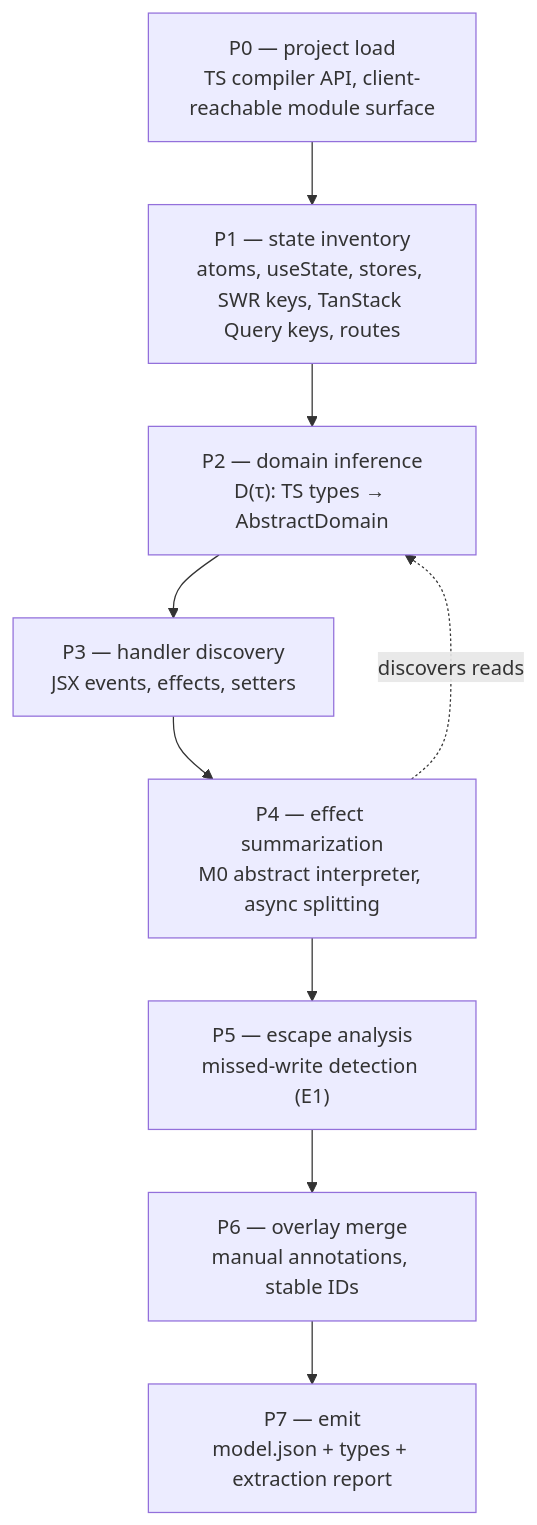
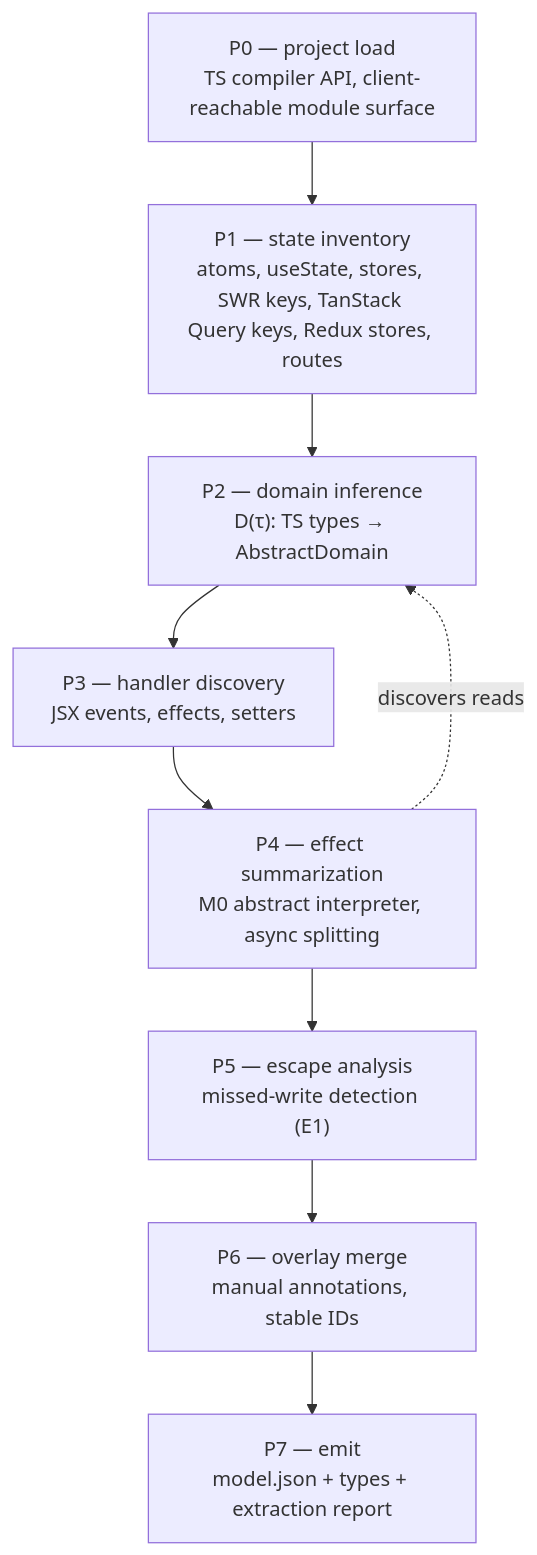
One commit to Harineko0/modality-ts changed the diagram in docs/architecture/extraction-pipeline.md. Above: the diagram before and after it, drawn with Mermaid. The commit also changed other lines of this file and 44 other files, not shown here.

````diff
--- a/docs/architecture/extraction-pipeline.md
+++ b/docs/architecture/extraction-pipeline.md
@@ -22,13 +22,13 @@
 ```mermaid
 flowchart TD
   P0["P0 — project load<br/>TS compiler API, client-reachable module surface"]
-  P1["P1 — state inventory<br/>atoms, useState, stores, SWR keys, TanStack Query keys, routes"]
+  P1["P1 — state inventory<br/>atoms, useState, stores, SWR keys, TanStack Query keys, Redux stores, routes"]
   P2["P2 — domain inference<br/>D(τ): TS types → AbstractDomain"]
   P3["P3 — handler discovery<br/>JSX events, effects, setters"]
   P4["P4 — effect summarization<br/>M0 abstract interpreter, async splitting"]
   P5["P5 — escape analysis<br/>missed-write detection (E1)"]
   P6["P6 — overlay merge<br/>manual annotations, stable IDs"]
   P7["P7 — emit<br/>model.json + types + extraction report"]
   P0 --> P1 --> P2 --> P3 --> P4 --> P5 --> P6 --> P7
   P4 -. discovers reads .-> P2
 ```
````
